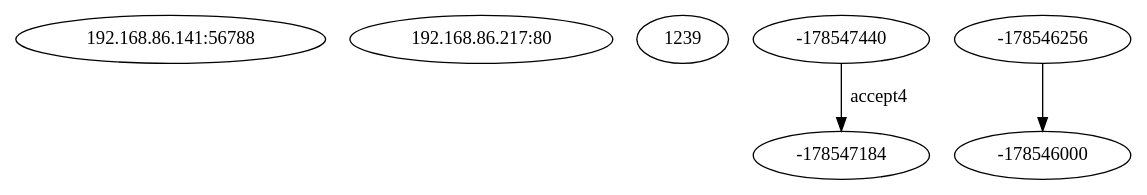
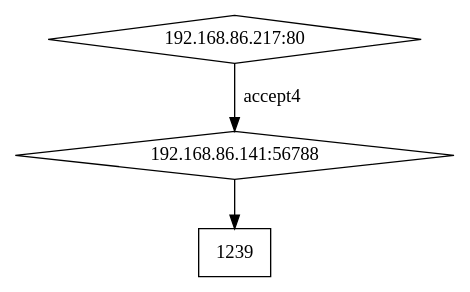
Before and after one commit to PickleLily/syscall-graph-gen: the diagram in final_g2/graphs/graph0.dot, drawn with Graphviz. The commit also changed 6 other files, not shown here.

Commit message:
creating multiple graphs WITH accept4 handled correctly!

```diff
--- a/final_g2/graphs/graph0.dot
+++ b/final_g2/graphs/graph0.dot
@@ -1,7 +1,7 @@
 digraph nginx_syscalls {
-  0 [label="192.168.86.141:56788"];
-  1 [label="192.168.86.217:80"];
-  2 [label="1239"];
-  -178547440 -> -178547184 [label="accept4"];
-  -178546256 -> -178546000 [label=""];
+  0 [label="192.168.86.141:56788" shape=diamond];
+  1 [label="192.168.86.217:80" shape=diamond];
+  2 [label="1239" shape=rectangle];
+  1 -> 0 [label="accept4"];
+  0 -> 2 [label=""];
 }
```
